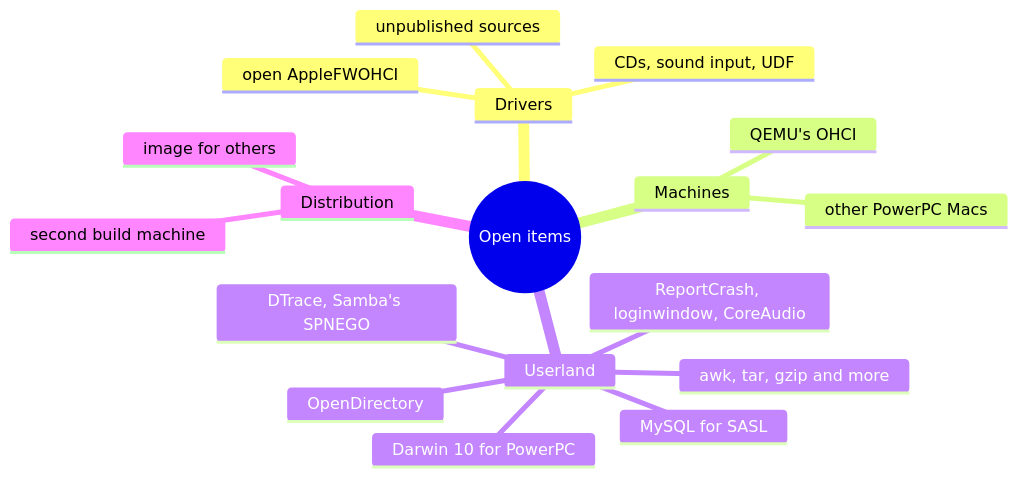
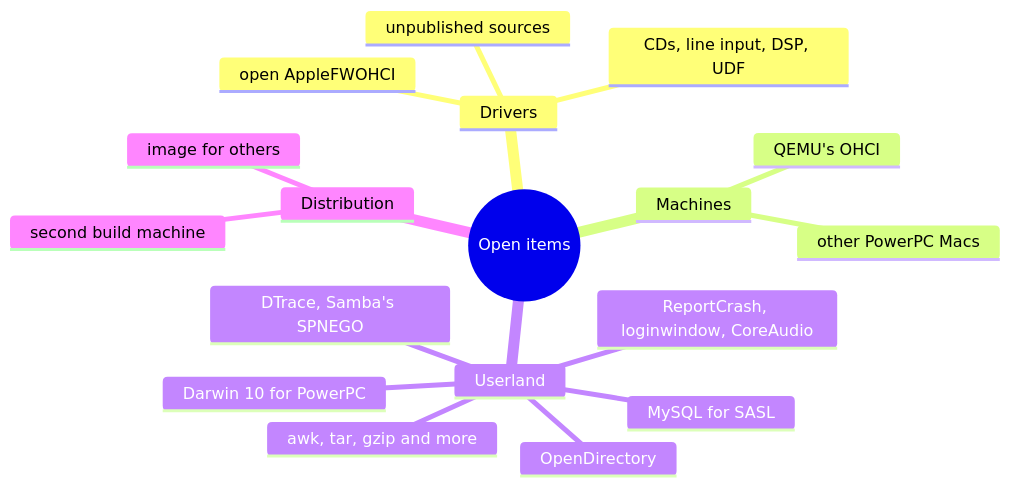
One commit to nyg/PowerDarwin changed the diagram in docs/src/steps/whats-next.md. Above: the diagram before and after it, drawn with Mermaid. The commit also changed other lines of this file and 6 other files, not shown here.

````diff
--- a/docs/src/steps/whats-next.md
+++ b/docs/src/steps/whats-next.md
@@ -92,21 +92,21 @@
 ```mermaid
 mindmap
   root((Open items))
     Drivers
       open AppleFWOHCI
-      CDs, sound input, UDF
+      CDs, line input, DSP, UDF
       unpublished sources
     Machines
       other PowerPC Macs
       QEMU's OHCI
     Userland
       OpenDirectory
       ReportCrash, loginwindow, CoreAudio
       MySQL for SASL
       awk, tar, gzip and more
       DTrace, Samba's SPNEGO
       Darwin 10 for PowerPC
     Distribution
       image for others
       second build machine
 ```
````
